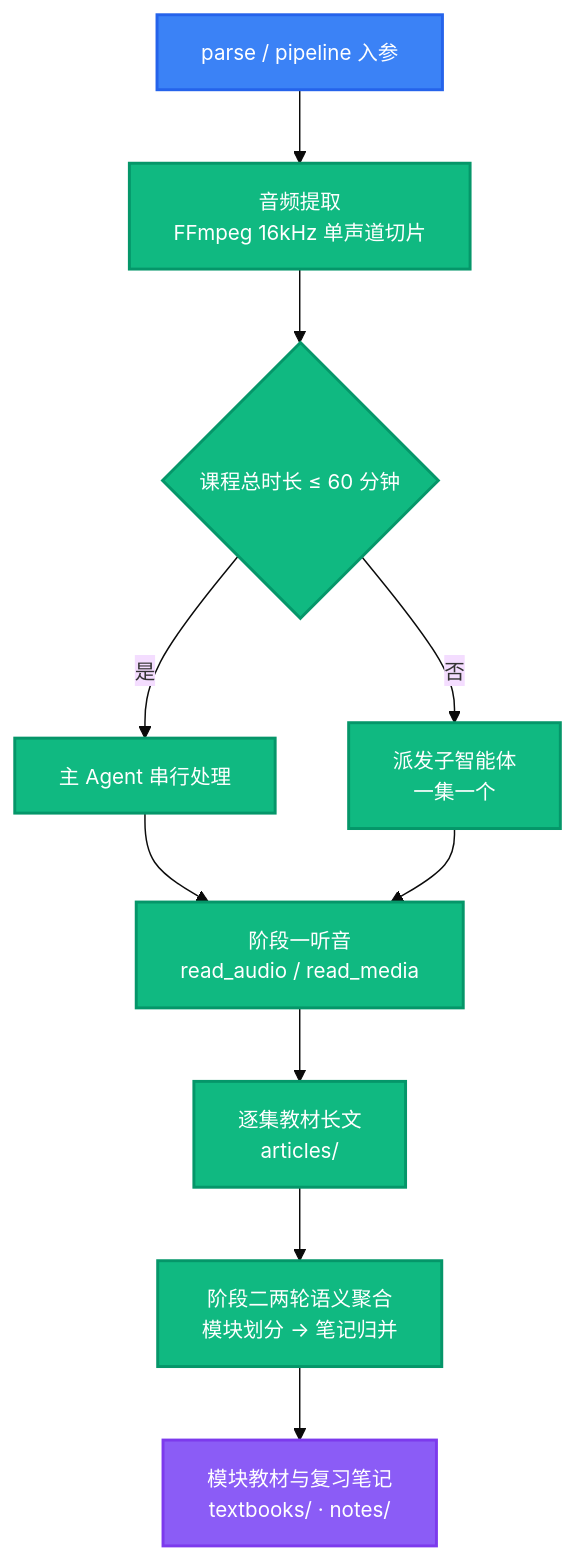
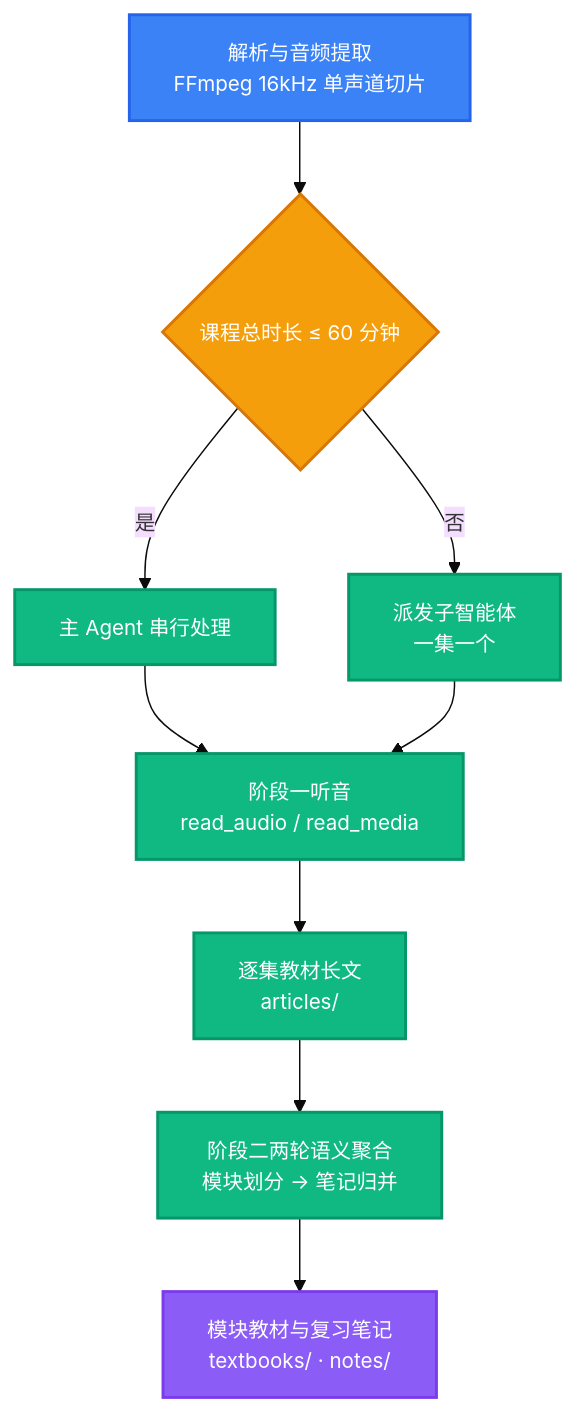
Before and after one commit to LINJIANG12/bili-video2book: the diagram in README.md, drawn with Mermaid. The commit also changed other lines of this file and 1 other file, not shown here.

````diff
--- a/README.md
+++ b/README.md
@@ -169,22 +133,22 @@
 ```mermaid
 %%{init: {'theme': 'base', 'themeVariables': {'fontSize': '14px'}}}%%
 flowchart TD
-    A[parse / pipeline 入参] --> B[音频提取<br/>FFmpeg 16kHz 单声道切片]
-    B --> C{课程总时长 ≤ 60 分钟}
-    C -->|是| D[主 Agent 串行处理]
-    C -->|否| E[派发子智能体<br/>一集一个]
-    D --> F[阶段一听音<br/>read_audio / read_media]
-    E --> F
-    F --> G[逐集教材长文<br/>articles/]
-    G --> H[阶段二两轮语义聚合<br/>模块划分 → 笔记归并]
-    H --> I[模块教材与复习笔记<br/>textbooks/ · notes/]
+    A[解析与音频提取<br/>FFmpeg 16kHz 单声道切片] --> B{课程总时长 ≤ 60 分钟}
+    B -->|是| C[主 Agent 串行处理]
+    B -->|否| D[派发子智能体<br/>一集一个]
+    C --> E[阶段一听音<br/>read_audio / read_media]
+    D --> E
+    E --> F[逐集教材长文<br/>articles/]
+    F --> G[阶段二两轮语义聚合<br/>模块划分 → 笔记归并]
+    G --> H[模块教材与复习笔记<br/>textbooks/ · notes/]
 
     classDef start fill:#3B82F6,stroke:#2563EB,color:#fff,stroke-width:2px
     classDef process fill:#10B981,stroke:#059669,color:#fff,stroke-width:2px
     classDef decision fill:#F59E0B,stroke:#D97706,color:#fff,stroke-width:2px
     classDef data fill:#8B5CF6,stroke:#7C3AED,color:#fff,stroke-width:2px
 
     class A start
-    class B,C,D,E,F,G,H process
-    class I data
+    class C,D,E,F,G process
+    class B decision
+    class H data
 ```
````
